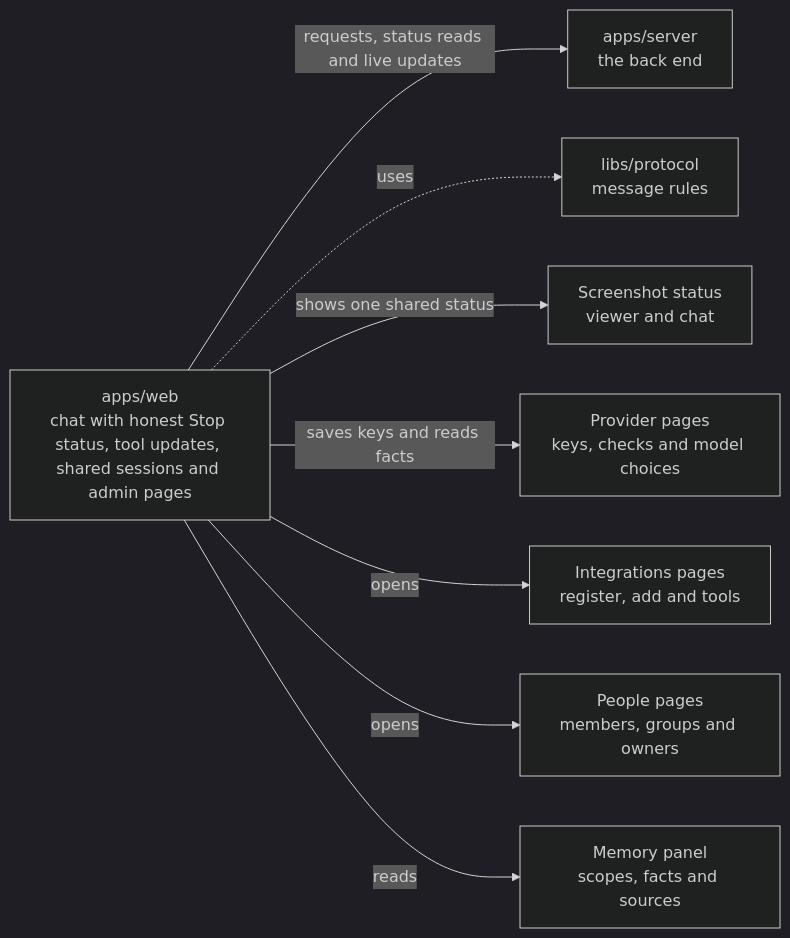
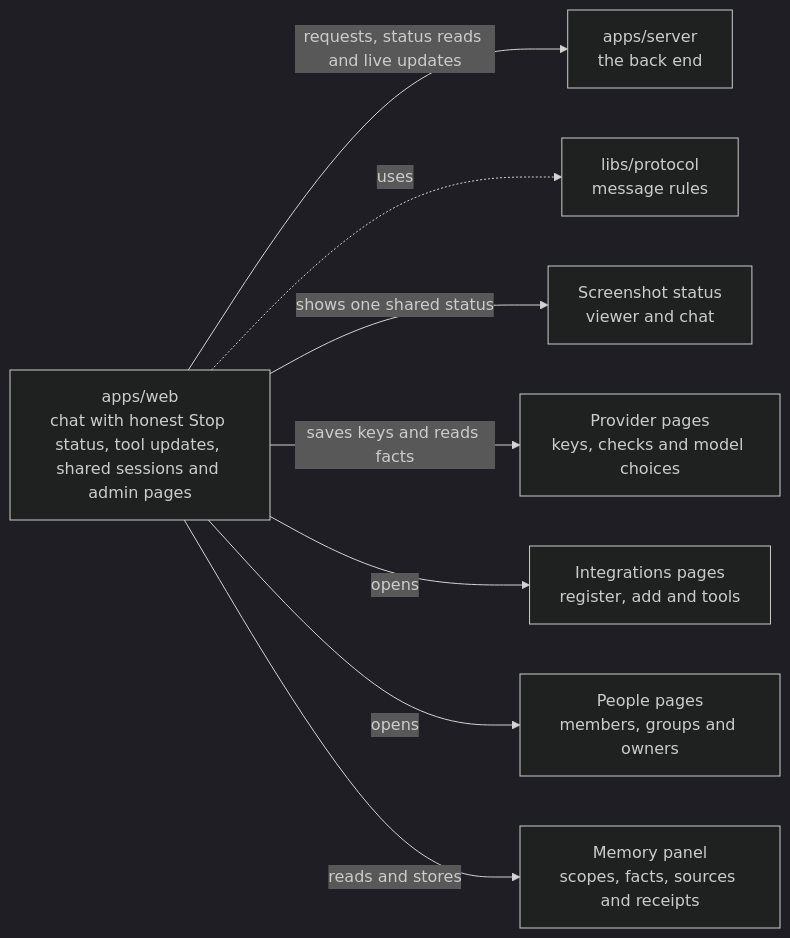
The diagram in apps/web/README.md (elewa-git/opencrane-new), drawn with Mermaid (dark theme) before and after one commit. The commit also changed other lines of this file and 20 other files, not shown here.

Commit message:
🧠 Add memory fact storage with safe receipts

````diff
--- a/apps/web/README.md
+++ b/apps/web/README.md
@@ -11,10 +11,10 @@
 ```mermaid
 flowchart LR
   web["apps/web<br/>chat with honest Stop status, tool updates, shared sessions and admin pages"] -->|requests, status reads and live updates| server["apps/server<br/>the back end"]
   web -.->|uses| protocol["libs/protocol<br/>message rules"]
   web -->|shows one shared status| capture["Screenshot status<br/>viewer and chat"]
   web -->|saves keys and reads facts| providers["Provider pages<br/>keys, checks and model choices"]
   web -->|opens| integrations["Integrations pages<br/>register, add and tools"]
   web -->|opens| people["People pages<br/>members, groups and owners"]
-  web -->|reads| memory["Memory panel<br/>scopes, facts and sources"]
+  web -->|reads and stores| memory["Memory panel<br/>scopes, facts, sources and receipts"]
 ```
````
